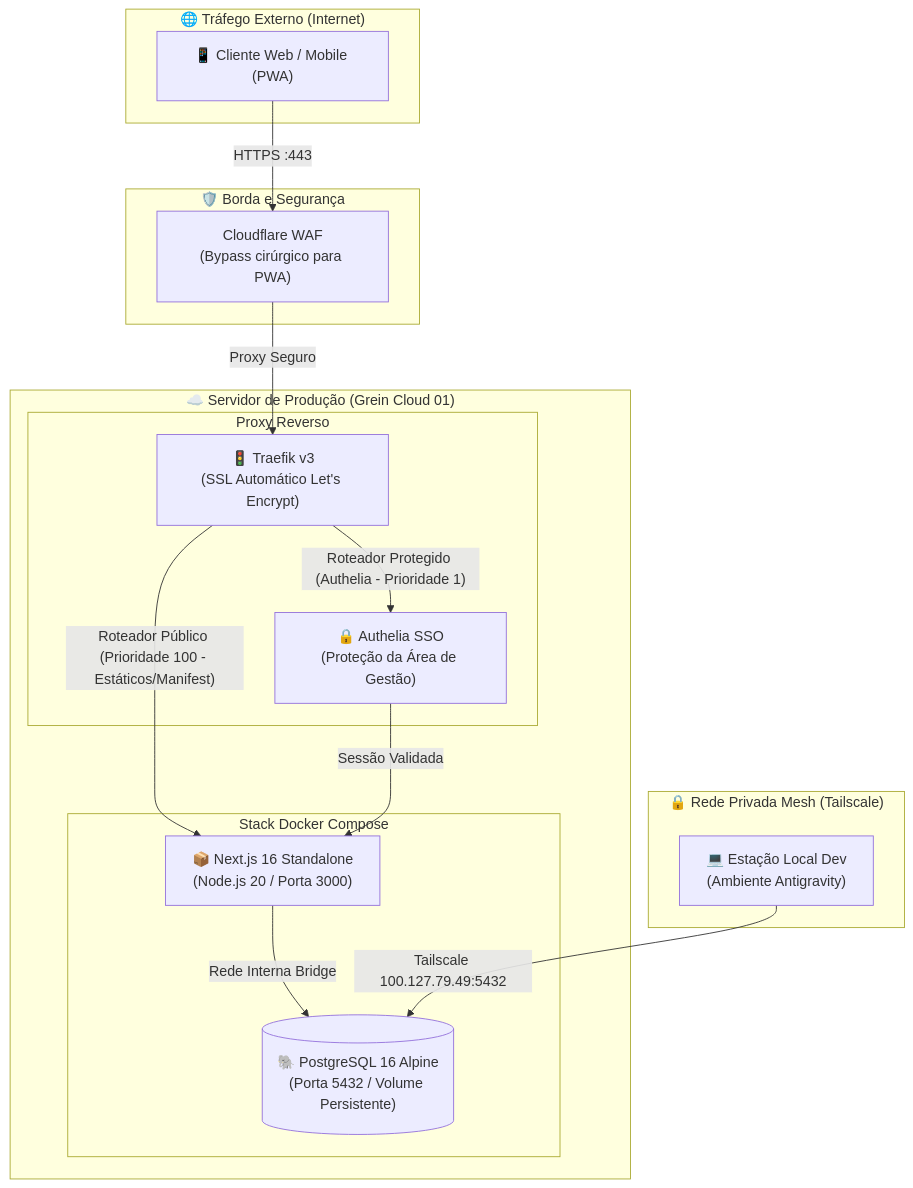
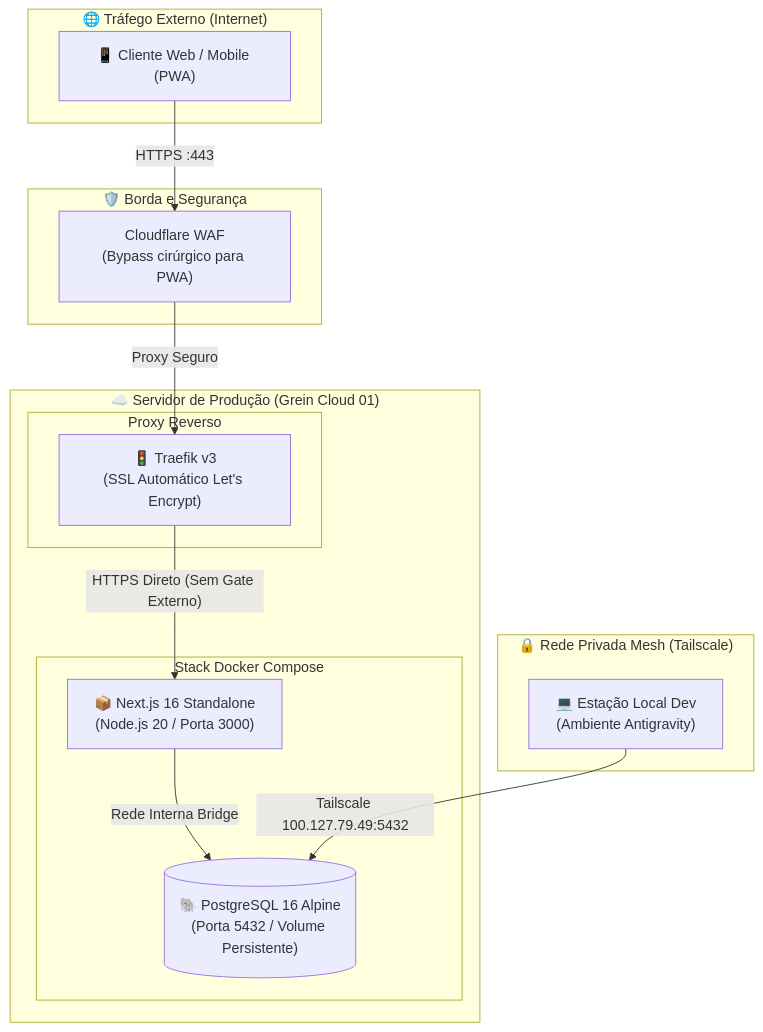
The diagram in README.md (WiltonGabriel/PopClub), drawn with Mermaid before and after one commit. The commit also changed other lines of this file and 6 other files, not shown here.

Commit message:
feat(security): remocao da camada authelia, roteamento traefik direto e expansao de testes rbac

````diff
--- a/README.md
+++ b/README.md
@@ -55,37 +55,34 @@
 ```mermaid
 flowchart TD
     subgraph Users ["🌐 Tráfego Externo (Internet)"]
         Client["📱 Cliente Web / Mobile (PWA)"]
     end
 
     subgraph Edge ["🛡️ Borda e Segurança"]
         CF["Cloudflare WAF\n(Bypass cirúrgico para PWA)"]
     end
 
     subgraph VPS ["☁️ Servidor de Produção (Grein Cloud 01)"]
         subgraph Ingress ["Proxy Reverso"]
             Traefik["🚦 Traefik v3\n(SSL Automático Let's Encrypt)"]
-            Authelia["🔒 Authelia SSO\n(Proteção da Área de Gestão)"]
         end
 
         subgraph ContainerStack ["Stack Docker Compose"]
             App["📦 Next.js 16 Standalone\n(Node.js 20 / Porta 3000)"]
             DB[("🐘 PostgreSQL 16 Alpine\n(Porta 5432 / Volume Persistente)")]
         end
     end
 
     subgraph DevEnvironment ["🔒 Rede Privada Mesh (Tailscale)"]
         Dev["💻 Estação Local Dev\n(Ambiente Antigravity)"]
     end
 
     %% Roteamento de Produção
     Client -->|"HTTPS :443"| CF
     CF -->|"Proxy Seguro"| Traefik
-    Traefik -->|"Roteador Público (Prioridade 100 - Estáticos/Manifest)"| App
-    Traefik -->|"Roteador Protegido (Authelia - Prioridade 1)"| Authelia
-    Authelia -->|"Sessão Validada"| App
+    Traefik -->|"HTTPS Direto (Sem Gate Externo)"| App
     App -->|"Rede Interna Bridge"| DB
 
     %% Desenvolvimento Conectado Diretamente
     Dev -->|"Tailscale 100.127.79.49:5432"| DB
 ```
````
